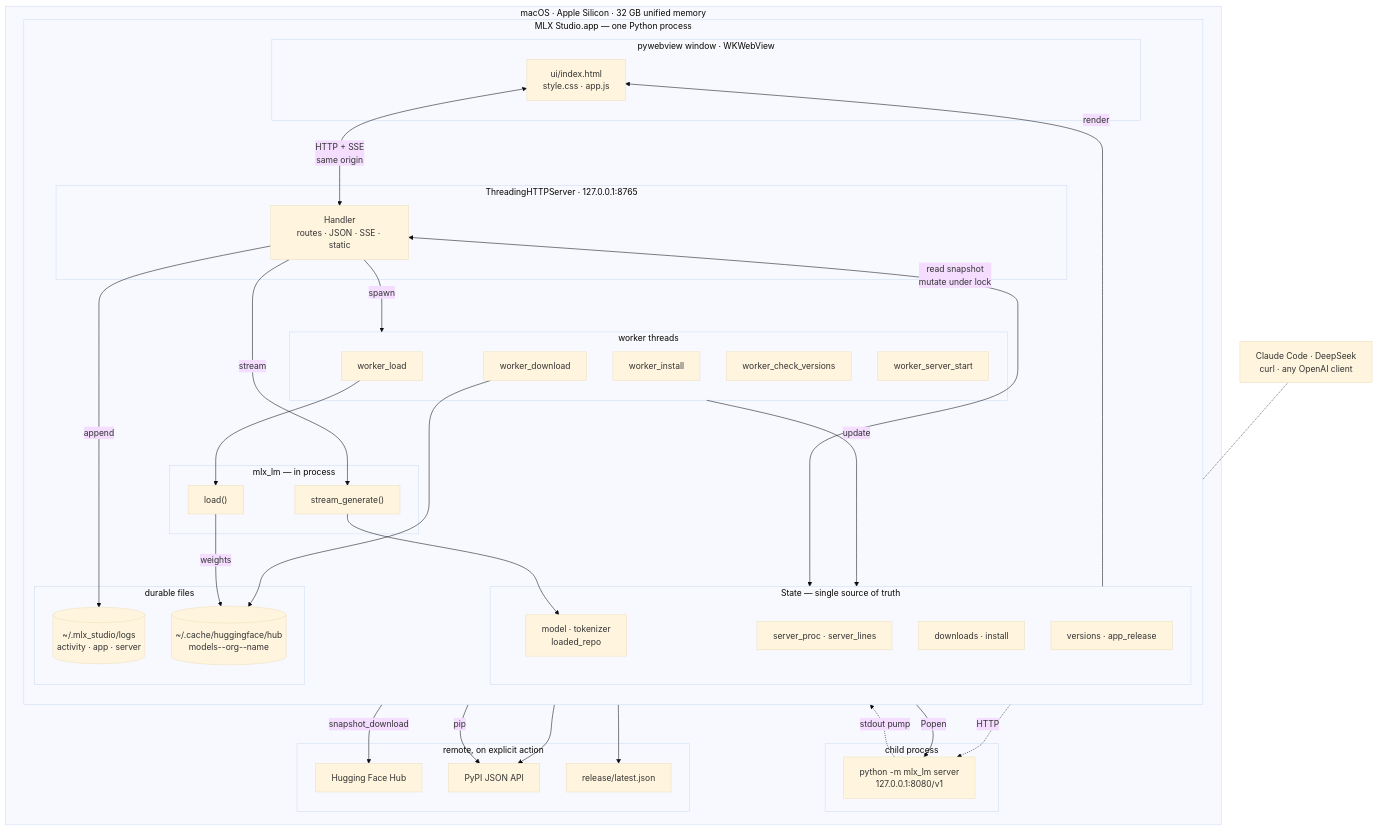
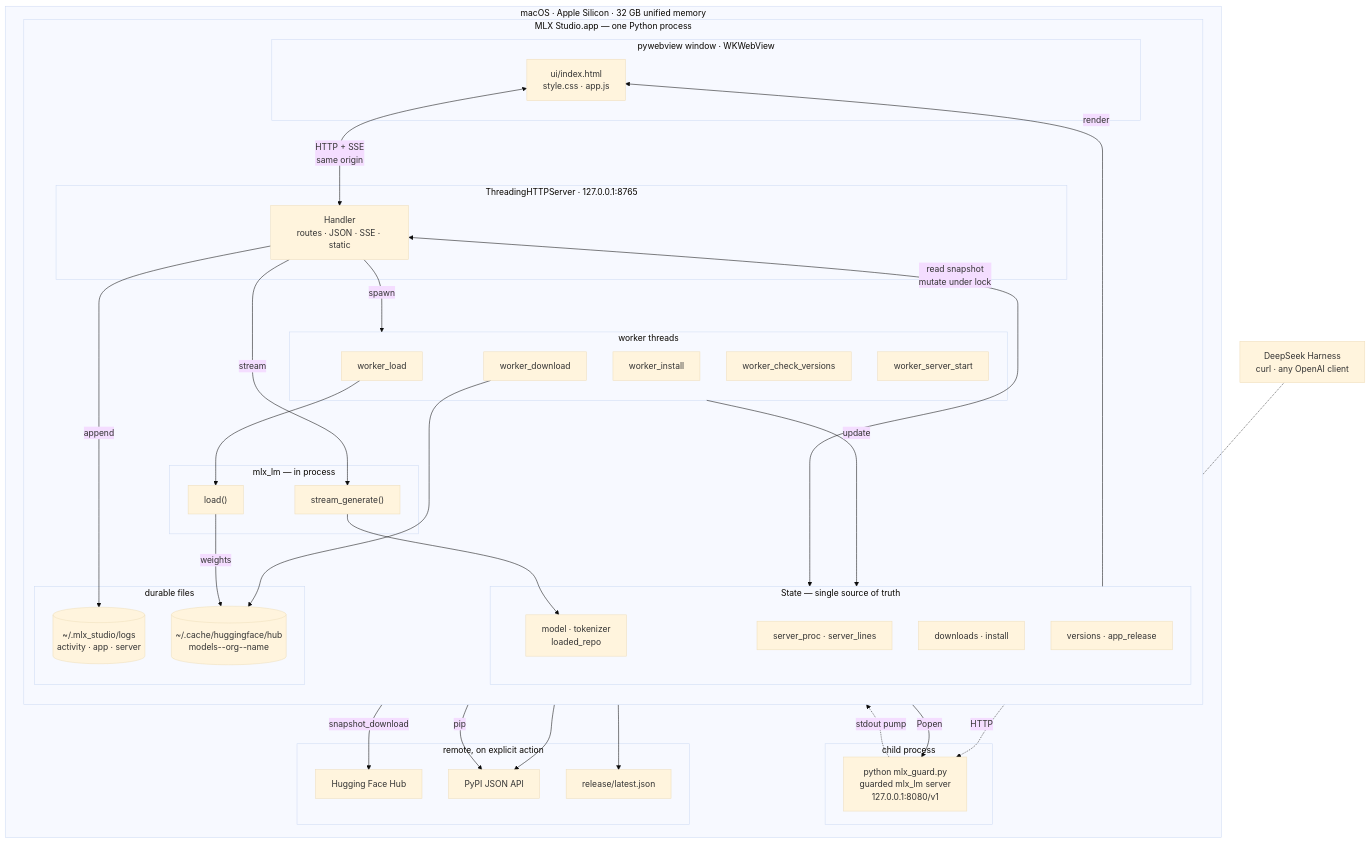
Before and after one commit to DipeshPansuriya/MLX_Model_App: the diagram in docs/diagrams/runtime.md, drawn with Mermaid (base theme). The commit also changed other lines of this file and 81 other files, not shown here.

````diff
--- a/docs/diagrams/runtime.md
+++ b/docs/diagrams/runtime.md
@@ -15,72 +15,72 @@
 ```mermaid
 flowchart TB
     subgraph MAC["macOS · Apple Silicon · 32 GB unified memory"]
         subgraph APP["MLX Studio.app — one Python process"]
             direction TB
 
             subgraph UI["pywebview window · WKWebView"]
                 PAGE["ui/index.html<br/>style.css · app.js"]
             end
 
             subgraph HTTP["ThreadingHTTPServer · 127.0.0.1:8765"]
                 ROUTER["Handler<br/>routes · JSON · SSE · static"]
             end
 
             subgraph STATE["State — single source of truth"]
                 SLOT["model · tokenizer<br/>loaded_repo"]
                 SESS["server_proc · server_lines"]
                 PROG["downloads · install"]
                 VERS["versions · app_release"]
             end
 
             subgraph WORK["worker threads"]
                 WLOAD["worker_load"]
                 WDL["worker_download"]
                 WINST["worker_install"]
                 WVER["worker_check_versions"]
                 WSRV["worker_server_start"]
             end
 
             subgraph MLX["mlx_lm — in process"]
                 LOAD["load()"]
                 GEN["stream_generate()"]
             end
 
             subgraph FILES["durable files"]
                 LOG[("~/.mlx_studio/logs<br/>activity · app · server")]
                 CACHE[("~/.cache/huggingface/hub<br/>models--org--name")]
             end
         end
 
         subgraph CHILD["child process"]
-            SRV["python -m mlx_lm server<br/>127.0.0.1:8080/v1"]
+            SRV["python mlx_guard.py<br/>guarded mlx_lm server<br/>127.0.0.1:8080/v1"]
         end
 
         subgraph EXT["remote, on explicit action"]
             HF["Hugging Face Hub"]
             PYPI["PyPI JSON API"]
             GH["release/latest.json"]
         end
     end
 
     PAGE <-->|"HTTP + SSE<br/>same origin"| ROUTER
     ROUTER <-->|"read snapshot<br/>mutate under lock"| STATE
     ROUTER -->|"spawn"| WORK
     WORK -->|"update"| STATE
     WLOAD --> LOAD
     LOAD -->|"weights"| CACHE
     ROUTER -->|"stream"| GEN
     GEN --> SLOT
     WDL -->|"snapshot_download"| HF
     WDL --> CACHE
     WVER --> PYPI
     WVER --> GH
     WINST -->|"pip"| PYPI
     WSRV -->|"Popen"| SRV
     SRV -.->|"stdout pump"| SESS
     ROUTER -->|"append"| LOG
     STATE -->|"render"| PAGE
 
-    CLIENT["Claude Code · DeepSeek<br/>curl · any OpenAI client"]
+    CLIENT["DeepSeek Harness<br/>curl · any OpenAI client"]
     CLIENT -.->|"HTTP"| SRV
 ```
````
